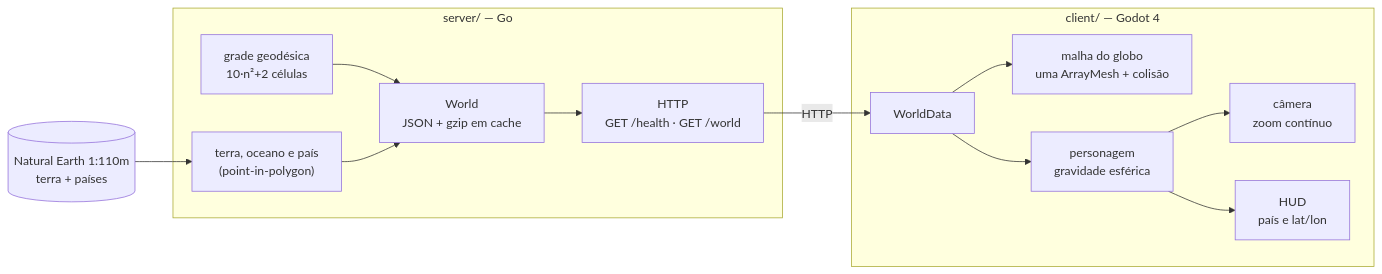
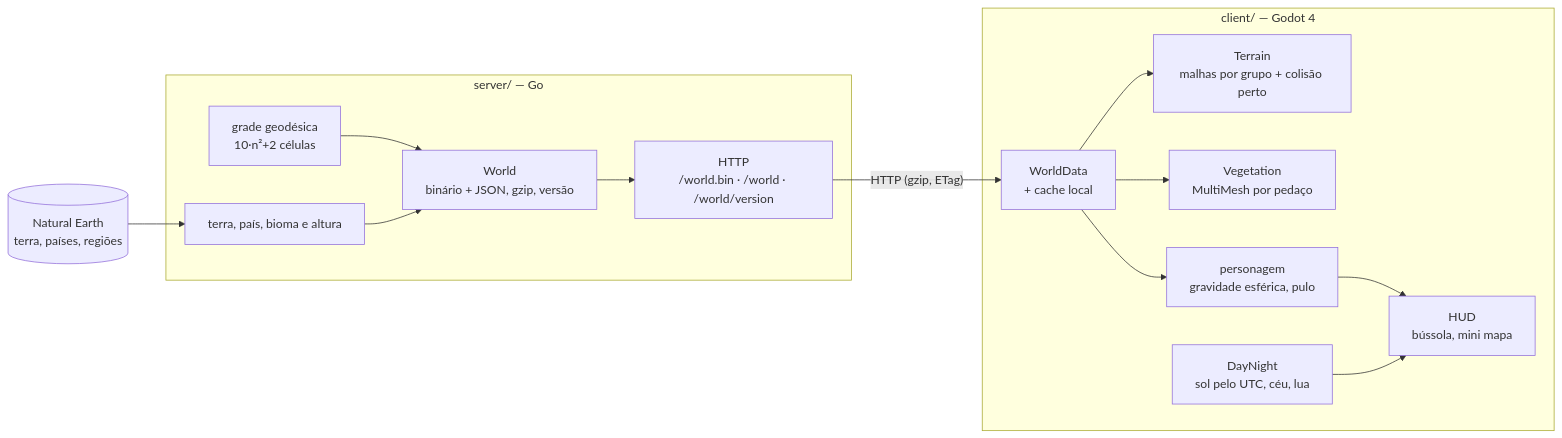
The diagram in README.md (Dustyluc123/goblo), drawn with Mermaid before and after one commit. The commit also changed other lines of this file and 23 other files, not shown here.

````diff
--- a/README.md
+++ b/README.md
@@ -69,26 +125,28 @@
 ```mermaid
 flowchart LR
-    ne[("Natural Earth 1:110m<br/>terra + países")]
+    ne[("Natural Earth<br/>terra, países, regiões")]
     subgraph server["server/ — Go"]
         grid["grade geodésica<br/>10·n²+2 células"]
-        terrain["terra, oceano e país<br/>(point-in-polygon)"]
-        world["World<br/>JSON + gzip em cache"]
-        api["HTTP<br/>GET /health · GET /world"]
+        terrain["terra, país, bioma e altura"]
+        world["World<br/>binário + JSON, gzip, versão"]
+        api["HTTP<br/>/world.bin · /world · /world/version"]
     end
     subgraph client["client/ — Godot 4"]
-        data["WorldData"]
-        mesh["malha do globo<br/>uma ArrayMesh + colisão"]
-        player["personagem<br/>gravidade esférica"]
-        cam["câmera<br/>zoom contínuo"]
-        hud["HUD<br/>país e lat/lon"]
+        data["WorldData<br/>+ cache local"]
+        mesh["Terrain<br/>malhas por grupo + colisão perto"]
+        veg["Vegetation<br/>MultiMesh por pedaço"]
+        player["personagem<br/>gravidade esférica, pulo"]
+        sky["DayNight<br/>sol pelo UTC, céu, lua"]
+        hud["HUD<br/>bússola, mini mapa"]
     end
     ne --> terrain
     grid --> world
     terrain --> world
     world --> api
-    api -- "HTTP" --> data
+    api -- "HTTP (gzip, ETag)" --> data
     data --> mesh
+    data --> veg
     data --> player
-    player --> cam
     player --> hud
+    sky --> hud
 ```
````
